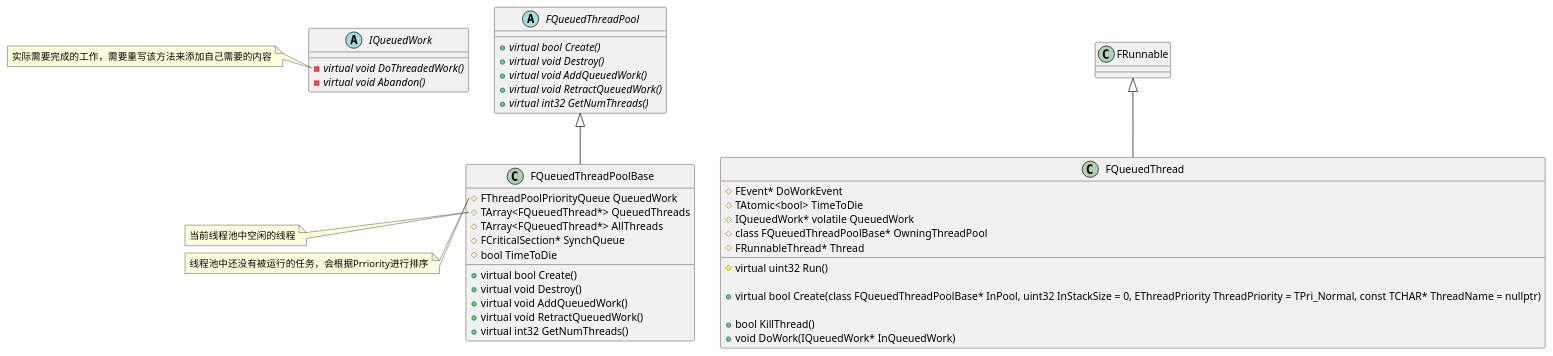
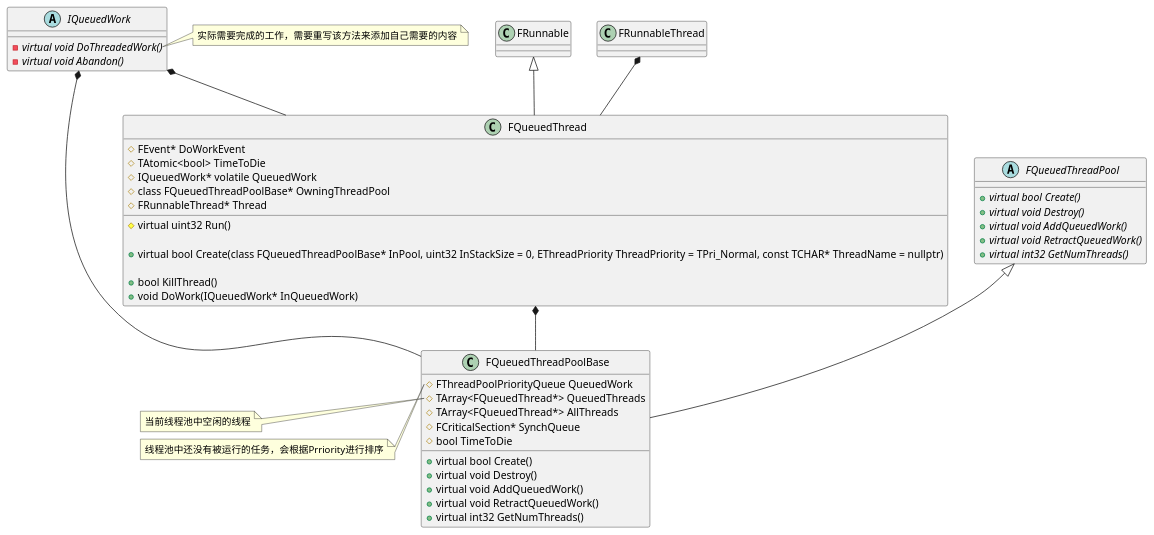
Before and after one commit to xlxlzh/UENotes: the fifth of 5 diagrams in Core/Async/UnrealEngine异步系统.md, drawn with PlantUML. The commit also changed other lines of this file, not shown here.

Commit message:
[*] Add notes for queued work

````diff
--- a/Core/Async/UnrealEngine异步系统.md
+++ b/Core/Async/UnrealEngine异步系统.md
@@ -212,71 +390,70 @@
 ```plantuml
 @startuml
-class FRunnable
-{
-
-}
-
 abstract class IQueuedWork
 {
     {abstract} - virtual void DoThreadedWork()
     {abstract} - virtual void Abandon()
 }
 
-note left of IQueuedWork::DoThreadedWork
+note right of IQueuedWork::DoThreadedWork
 实际需要完成的工作，需要重写该方法来添加自己需要的内容
 end note
 
 class FQueuedThread
 {
     # FEvent* DoWorkEvent
     # TAtomic<bool> TimeToDie
     # IQueuedWork* volatile QueuedWork
     # class FQueuedThreadPoolBase* OwningThreadPool
     # FRunnableThread* Thread
 
     # virtual uint32 Run()
 
     + virtual bool Create(class FQueuedThreadPoolBase* InPool, uint32 InStackSize = 0, EThreadPriority ThreadPriority = TPri_Normal, const TCHAR* ThreadName = nullptr)
 
     + bool KillThread()
     + void DoWork(IQueuedWork* InQueuedWork)
 }
 
 FRunnable <|-- FQueuedThread
+IQueuedWork *-- FQueuedThread
+FRunnableThread *-- FQueuedThread
 
 abstract class FQueuedThreadPool
 {
     {abstract} + virtual bool Create()
     {abstract} + virtual void Destroy()
     {abstract} + virtual void AddQueuedWork()
     {abstract} + virtual void RetractQueuedWork()
     {abstract} + virtual int32 GetNumThreads()
 }
 
 class FQueuedThreadPoolBase
 {
     # FThreadPoolPriorityQueue QueuedWork
     # TArray<FQueuedThread*> QueuedThreads
     # TArray<FQueuedThread*> AllThreads
     # FCriticalSection* SynchQueue
     # bool TimeToDie
 
     + virtual bool Create()
     + virtual void Destroy()
     + virtual void AddQueuedWork()
     + virtual void RetractQueuedWork()
     + virtual int32 GetNumThreads() 
 }
 
 FQueuedThreadPool <|-- FQueuedThreadPoolBase
+FQueuedThread *-- FQueuedThreadPoolBase
+IQueuedWork *-- FQueuedThreadPoolBase
 
 note left of FQueuedThreadPoolBase::QueuedThreads
 当前线程池中空闲的线程
 end note
 
 note left of FQueuedThreadPoolBase::QueuedWork
 线程池中还没有被运行的任务，会根据Prriority进行排序
 end note
 
 @enduml
 ```
````
